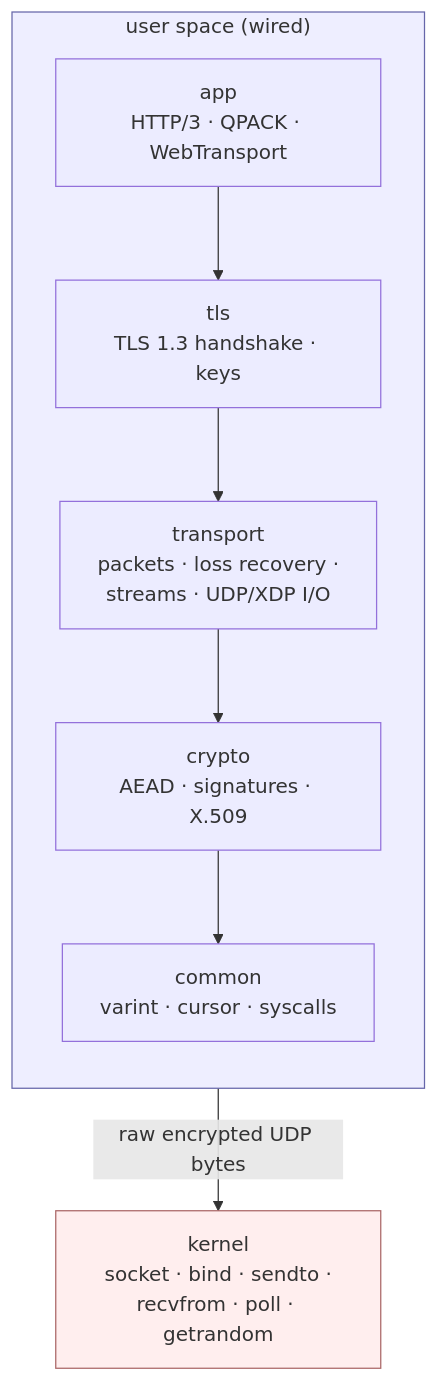
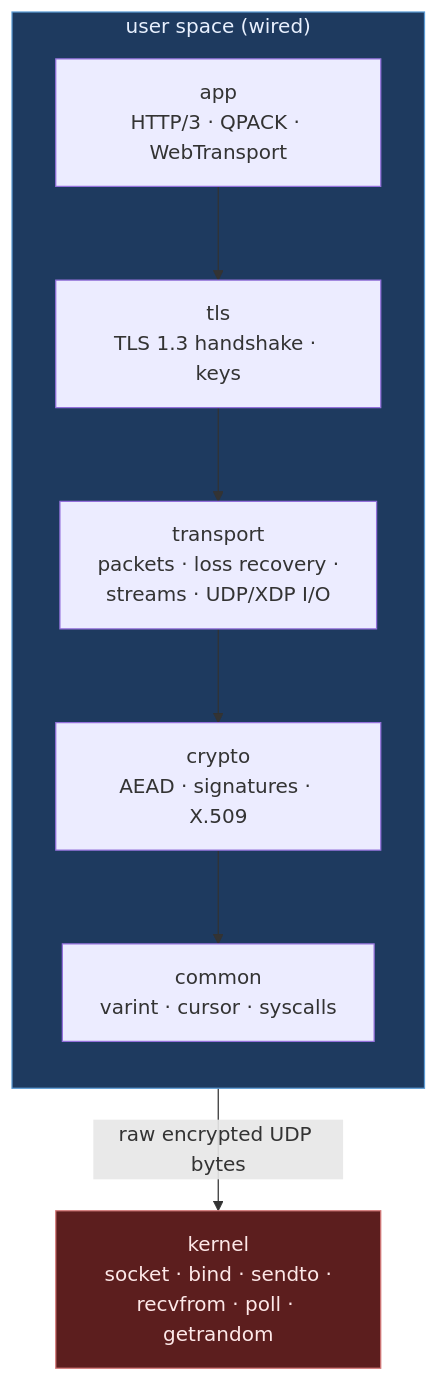
Before and after one commit to Hakkadaikon/wired: the first of 7 diagrams in docs/arch/overview.md, drawn with Mermaid. The commit also changed other lines of this file, not shown here.

First line of the commit message:
docs(arch): switch mermaid node styling to dark fills with light text

````diff
--- a/docs/arch/overview.md
+++ b/docs/arch/overview.md
@@ -15,17 +15,17 @@
 ```mermaid
 graph TB
     subgraph us["user space (wired)"]
         direction TB
         app["app<br/>HTTP/3 · QPACK · WebTransport"]
         tls["tls<br/>TLS 1.3 handshake · keys"]
         transport["transport<br/>packets · loss recovery ·<br/>streams · UDP/XDP I/O"]
         crypto["crypto<br/>AEAD · signatures · X.509"]
         common["common<br/>varint · cursor · syscalls"]
         app --> tls --> transport --> crypto --> common
     end
     kernel["kernel<br/>socket · bind · sendto ·<br/>recvfrom · poll · getrandom"]
     us -- "raw encrypted UDP bytes" --> kernel
 
-    style us fill:#eef,stroke:#66a,stroke-width:1px
-    style kernel fill:#fee,stroke:#a66,stroke-width:1px
+    style us fill:#1e3a5f,stroke:#5b9bd5,color:#e8f0fe,stroke-width:1px
+    style kernel fill:#5c1e1e,stroke:#d57a7a,color:#fde8e8,stroke-width:1px
 ```
````
